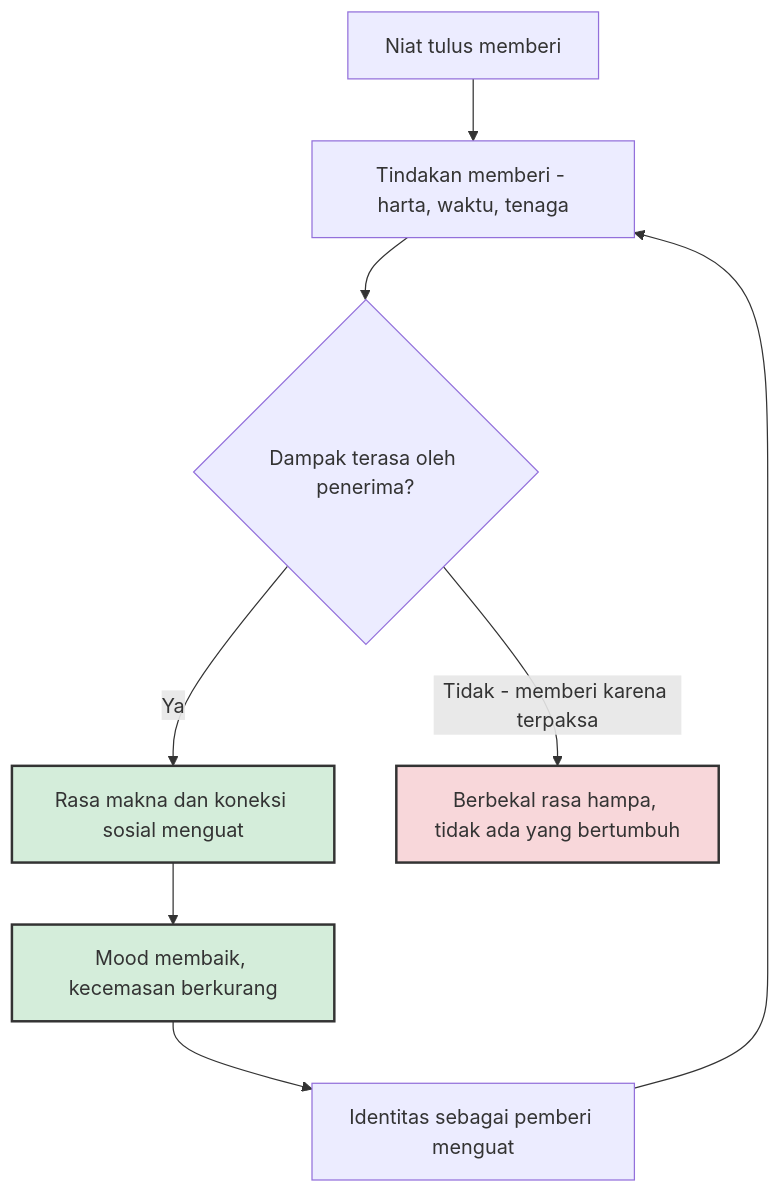
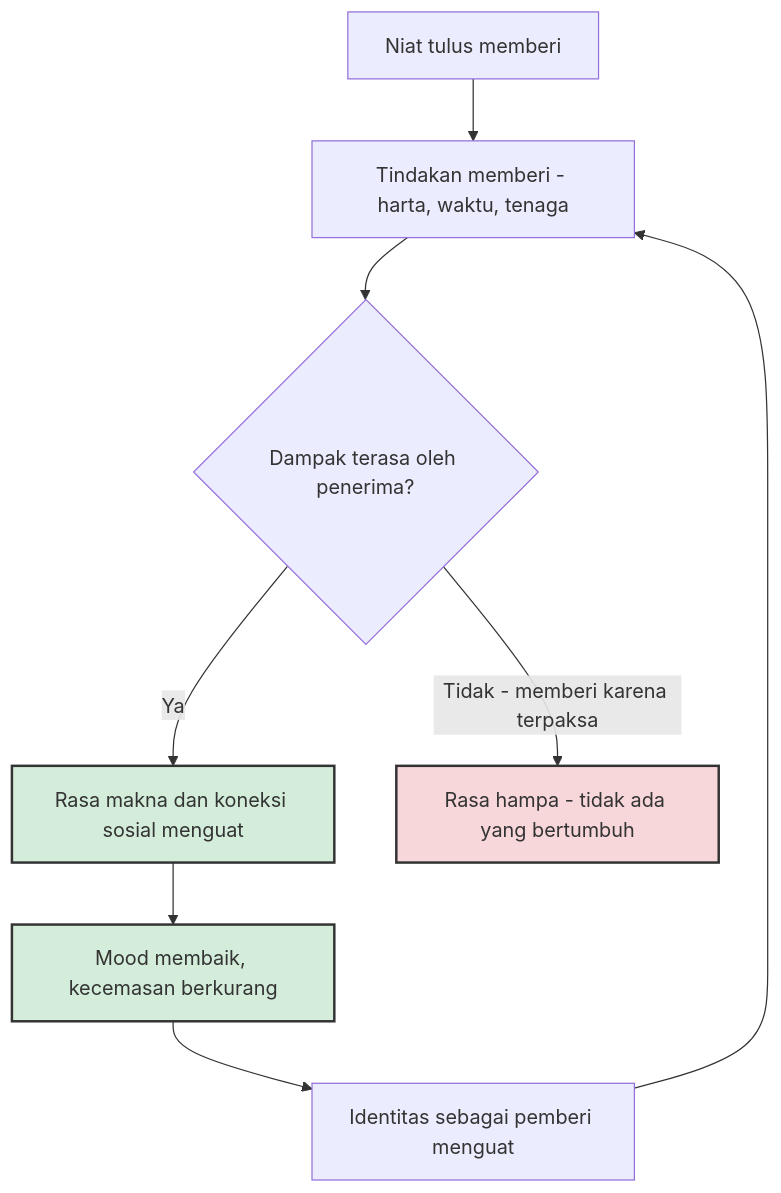
The diagram in public/contents/notebooks/26/10/02_01.md (dimasmds/dmds.dev), drawn with Mermaid before and after one commit.

Commit message:
content: perbaiki label diagram mermaid artikel sedekah

````diff
--- a/public/contents/notebooks/26/10/02_01.md
+++ b/public/contents/notebooks/26/10/02_01.md
@@ -31,13 +31,13 @@
 ```mermaid
 flowchart TD
     A[Niat tulus memberi] --> B[Tindakan memberi - harta, waktu, tenaga]
     B --> C{Dampak terasa oleh penerima?}
     C -- Ya --> D[Rasa makna dan koneksi sosial menguat]
     D --> E[Mood membaik, kecemasan berkurang]
     E --> F[Identitas sebagai pemberi menguat]
     F --> B
-    C -- Tidak - memberi karena terpaksa --> G[Berbekal rasa hampa, tidak ada yang bertumbuh]
+    C -- Tidak - memberi karena terpaksa --> G[Rasa hampa - tidak ada yang bertumbuh]
     style D fill:#d4edda,stroke:#333,stroke-width:2px
     style E fill:#d4edda,stroke:#333,stroke-width:2px
     style G fill:#f8d7da,stroke:#333,stroke-width:2px
 ```
````
